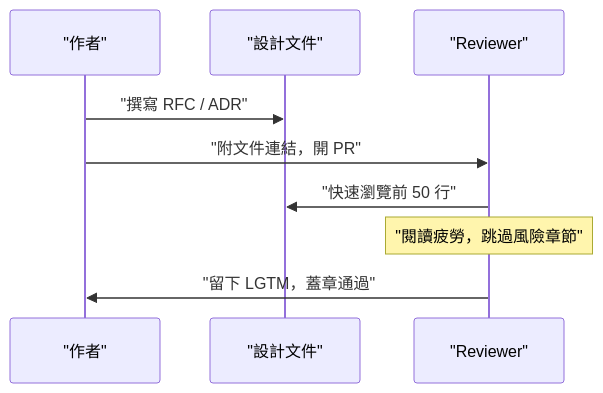
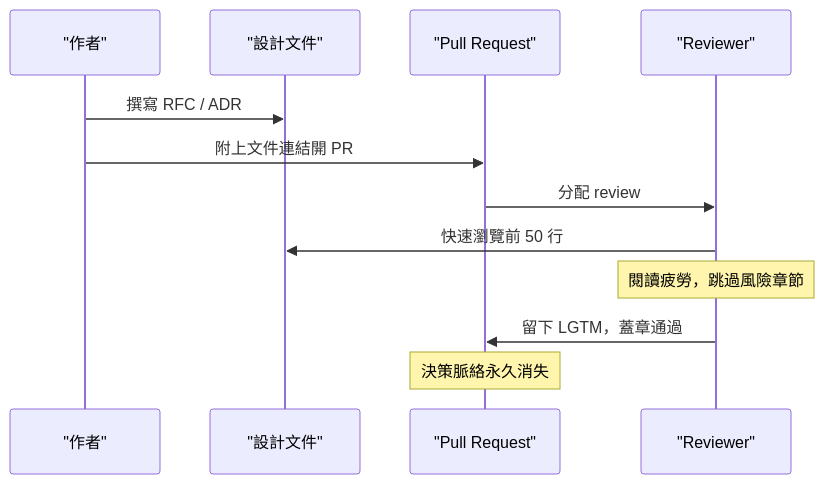
The first of 2 diagrams in docs/walkthroughs/2026-05-21-narrated-design-walkthrough-architecture/slides.md (gmliao/narrated-design-walkthrough-example), drawn with Mermaid before and after one commit. The commit also changed other lines of this file and 4 other files, not shown here.

````diff
--- a/docs/walkthroughs/2026-05-21-narrated-design-walkthrough-architecture/slides.md
+++ b/docs/walkthroughs/2026-05-21-narrated-design-walkthrough-architecture/slides.md
@@ -68,12 +127,15 @@
 ```mermaid
 sequenceDiagram
     participant Author as "作者"
     participant Doc as "設計文件"
+    participant PR as "Pull Request"
     participant Reviewer as "Reviewer"
 
-    Author->>Doc: "撰寫 RFC / ADR"
-    Author->>Reviewer: "附文件連結，開 PR"
-    Reviewer->>Doc: "快速瀏覽前 50 行"
-    Note over Reviewer: "閱讀疲勞，跳過風險章節"
-    Reviewer->>Author: "留下 LGTM，蓋章通過"
+    Author->>Doc: 撰寫 RFC / ADR
+    Author->>PR: 附上文件連結開 PR
+    PR->>Reviewer: 分配 review
+    Reviewer->>Doc: 快速瀏覽前 50 行
+    Note over Reviewer: 閱讀疲勞，跳過風險章節
+    Reviewer->>PR: 留下 LGTM，蓋章通過
+    Note over PR: 決策脈絡永久消失
 ```
````
